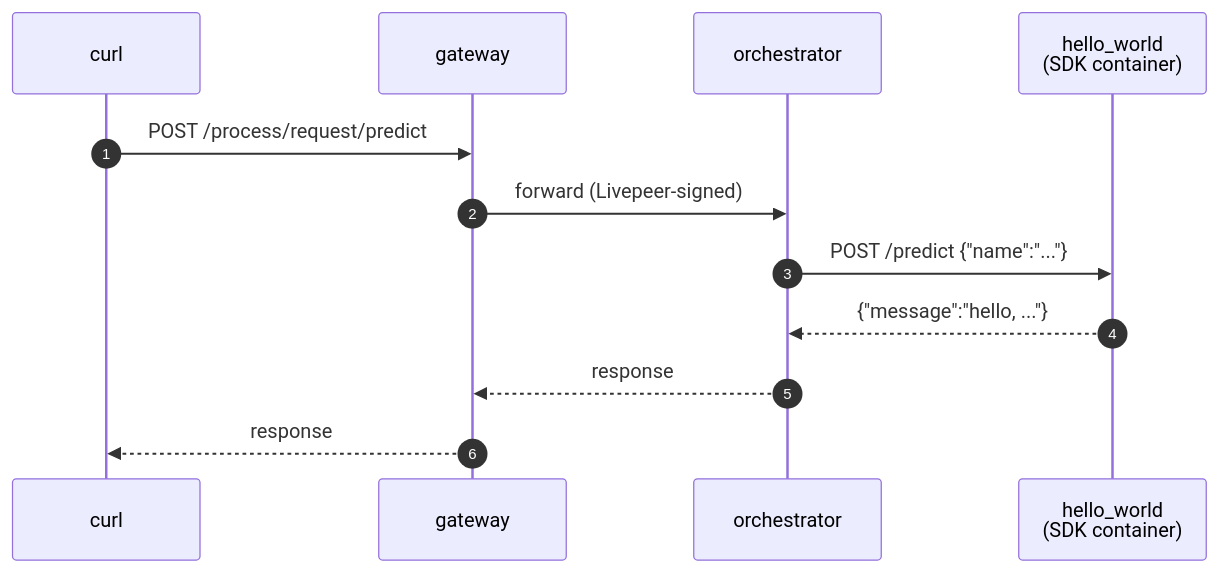
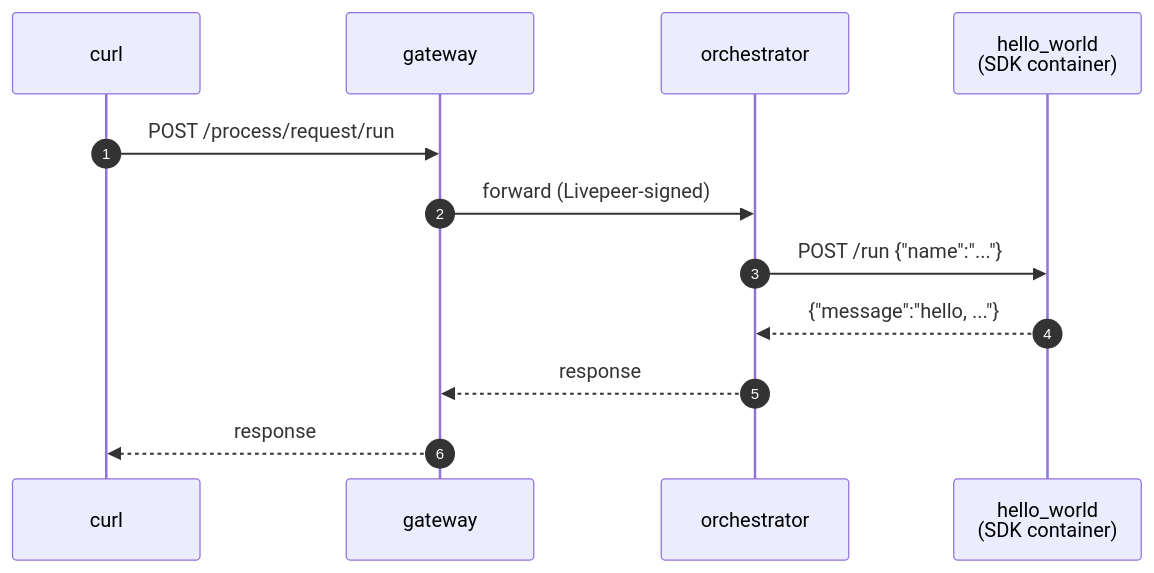
The diagram in examples/runner/hello_world/README.md (livepeer/livepeer-python-gateway), drawn with Mermaid before and after one commit. The commit also changed 14 other files, not shown here.

First line of the commit message:
refactor(runner): rename predict() → run() for verb-agnostic pipeline shape

````diff
--- a/examples/runner/hello_world/README.md
+++ b/examples/runner/hello_world/README.md
@@ -36,15 +36,15 @@
 ```mermaid
 sequenceDiagram
     autonumber
     participant curl
     participant gateway
     participant orchestrator
     participant hello_world as hello_world<br/>(SDK container)
 
-    curl->>gateway: POST /process/request/predict
+    curl->>gateway: POST /process/request/run
     gateway->>orchestrator: forward (Livepeer-signed)
-    orchestrator->>hello_world: POST /predict {"name":"..."}
+    orchestrator->>hello_world: POST /run {"name":"..."}
     hello_world-->>orchestrator: {"message":"hello, ..."}
     orchestrator-->>gateway: response
     gateway-->>curl: response
 ```
````
